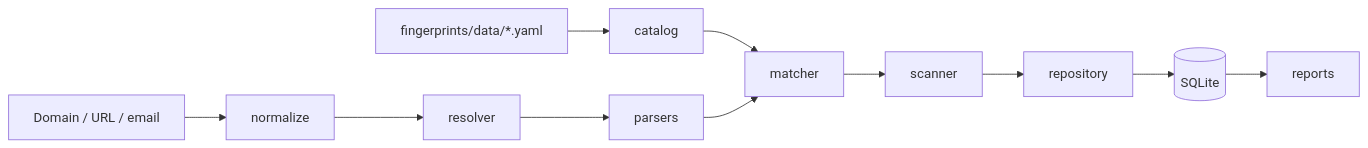
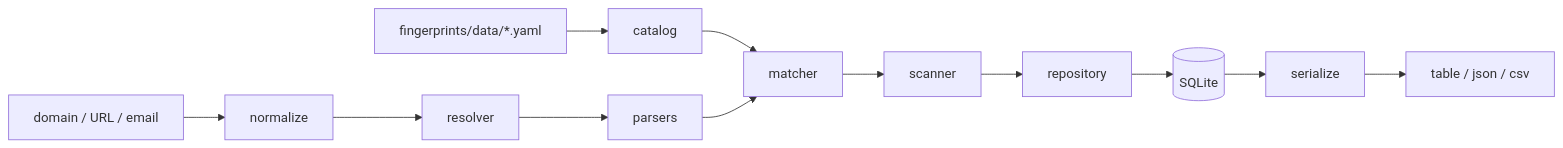
One commit to junxit/site-b2b-intel changed the first of 2 diagrams in README.md. Above: the diagram before and after it, drawn with Mermaid. The commit also changed other lines of this file and 5 other files, not shown here.

````diff
--- a/README.md
+++ b/README.md
@@ -24,13 +97,14 @@
 ```mermaid
 flowchart LR
-    Input["Domain / URL / email"] --> Norm[normalize]
+    Input["domain / URL / email"] --> Norm[normalize]
     Norm --> Res[resolver]
     Res --> Par[parsers]
     YAML["fingerprints/data/*.yaml"] --> Cat[catalog]
     Cat --> Match[matcher]
     Par --> Match
     Match --> Scan[scanner]
     Scan --> Repo[repository]
     Repo --> SQLite[(SQLite)]
-    SQLite --> Rep[reports]
+    SQLite --> Ser[serialize]
+    Ser --> Out["table / json / csv"]
 ```
````
